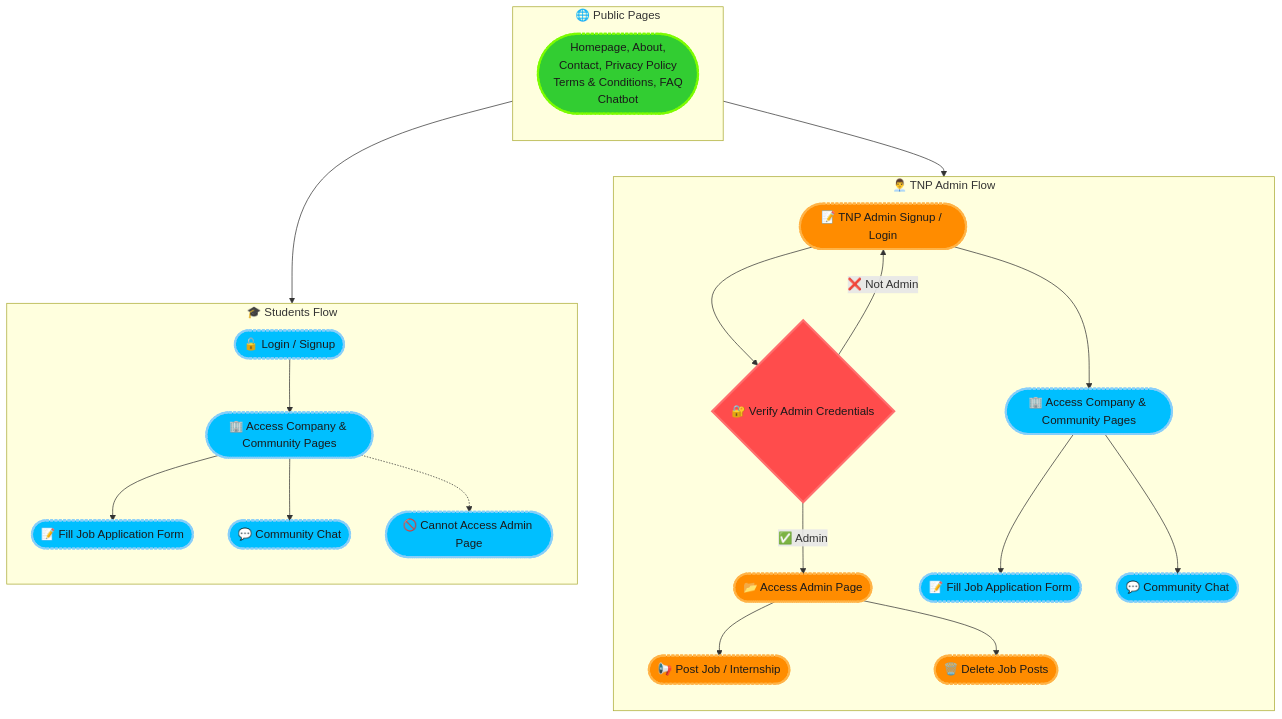
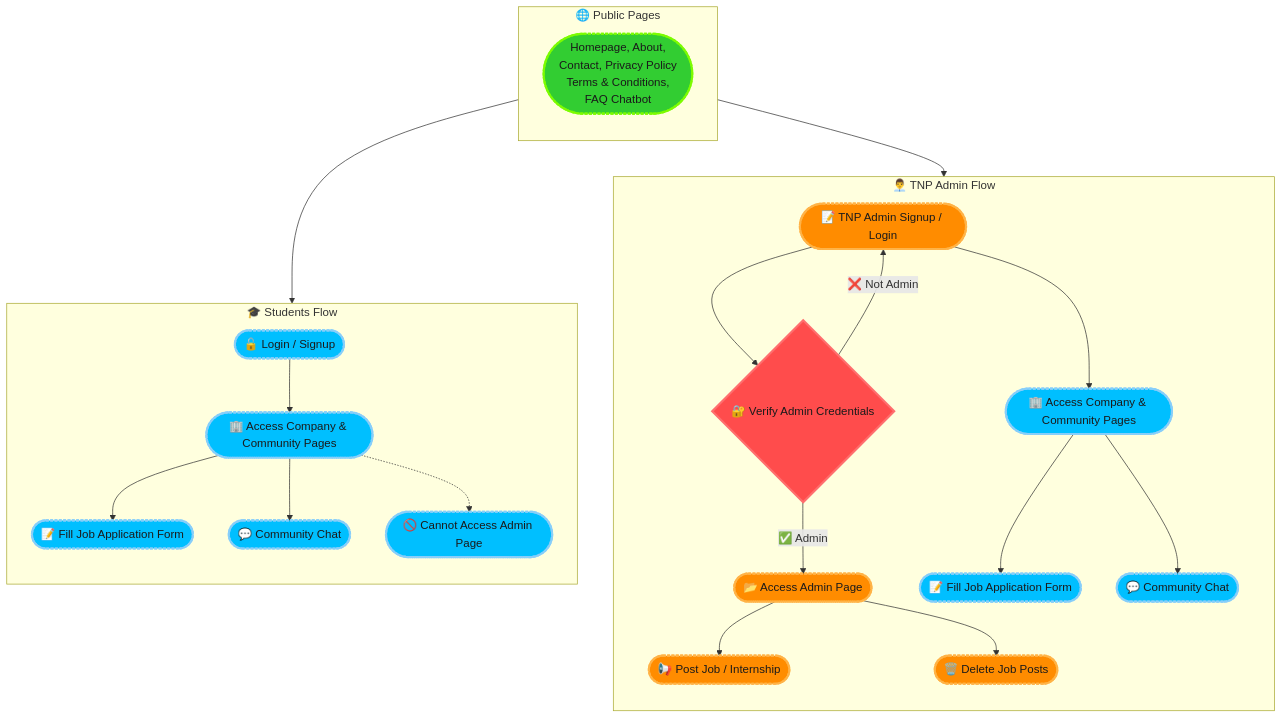
The diagram in README.md (deepak-pandey1/BPIT-CareerHub), drawn with Mermaid before and after one commit.

````diff
--- a/README.md
+++ b/README.md
@@ -9,44 +9,44 @@
 ```mermaid
 graph TD
     %% Define styles
     classDef adminNode fill:#ff8c00,stroke:#ffb347,stroke-width:3px,color:#1a1a1a,stroke-dasharray:4 2,round
     classDef studentNode fill:#00bfff,stroke:#87cefa,stroke-width:3px,color:#1a1a1a,stroke-dasharray:4 2,round
     classDef publicNode fill:#32cd32,stroke:#7cfc00,stroke-width:3px,color:#1a1a1a,stroke-dasharray:4 2,round
     classDef decisionNode fill:#ff4c4c,stroke:#ff6e6e,stroke-width:3px,color:#1a1a1a
 
     %% Shared Public Access
-    subgraph Public["🌐 Public Pages"]
+    subgraph Public["   🌐 Public Pages"]
         direction TB
-        P1([Homepage, About,<br> Contact, Privacy Policy<br> Terms & Conditions, FAQ<br>  Chatbot]):::publicNode
+        P1([Homepage, About,<br> Contact, Privacy Policy<br> Terms & Conditions,<br>FAQ Chatbot]):::publicNode
     end
 
     %% TNP Admin Flow
     subgraph TNP_Admin["👨‍💼 TNP Admin Flow"]
         direction TB
         A1([📝 TNP Admin Signup / Login]):::adminNode --> B1{🔐 Verify Admin Credentials}:::decisionNode
         B1 -->|✅ Admin| C1([📂 Access Admin Page]):::adminNode
         B1 -->|❌ Not Admin| A1
 
         C1 --> D1([📢 Post Job / Internship]):::adminNode
         C1 --> E1([🗑️ Delete Job Posts]):::adminNode
 
         A1 --> A2([🏢 Access Company & Community Pages]):::studentNode
         A2 --> A3([📝 Fill Job Application Form]):::studentNode
         A2 --> A4([💬 Community Chat]):::studentNode
     end
 
     %% Students Flow
     subgraph Students["🎓 Students Flow"]
         direction TB
         S1([🔓 Login / Signup]):::studentNode --> S2([🏢 Access Company & Community Pages]):::studentNode
         S2 --> S3([📝 Fill Job Application Form]):::studentNode
         S2 --> S4([💬 Community Chat]):::studentNode
         S2 -.-> S5([🚫 Cannot Access Admin Page]):::studentNode
     end
 
     %% Connect Public to both flows
     P1 --> A1
     P1 --> S1
 
 
 ```
````
